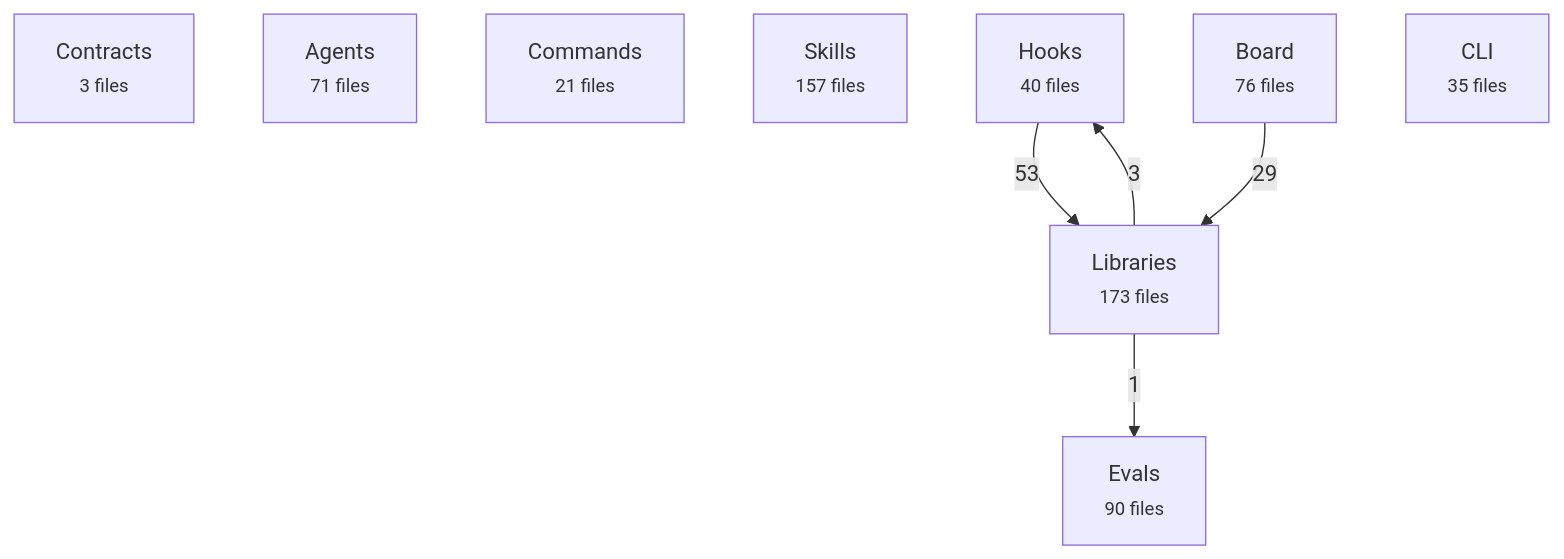
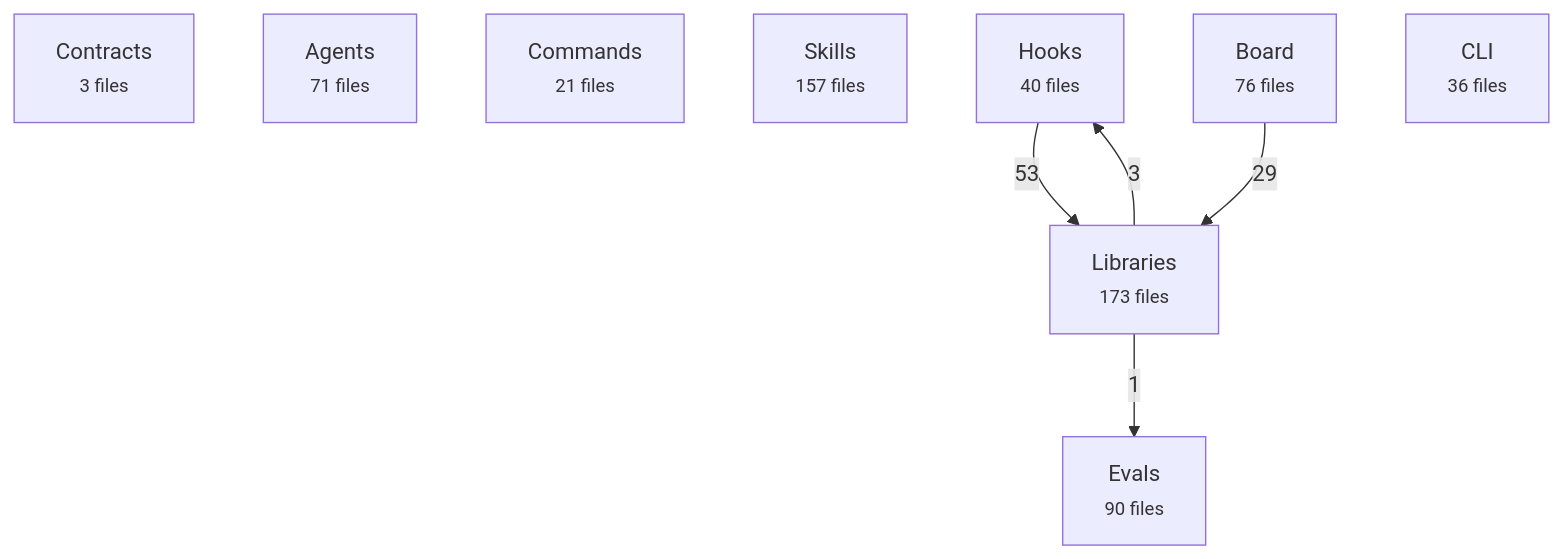
The first of 2 diagrams in docs/reference/architecture-map.md (avelikiy/great_cto), drawn with Mermaid before and after one commit. The commit also changed other lines of this file and 12 other files, not shown here.

````diff
--- a/docs/reference/architecture-map.md
+++ b/docs/reference/architecture-map.md
@@ -20,16 +20,16 @@
 ```mermaid
 flowchart TD
   contracts["Contracts<br/><small>3 files</small>"]
   agents["Agents<br/><small>71 files</small>"]
   commands["Commands<br/><small>21 files</small>"]
   skills["Skills<br/><small>157 files</small>"]
   hooks["Hooks<br/><small>40 files</small>"]
   libs["Libraries<br/><small>173 files</small>"]
   board["Board<br/><small>76 files</small>"]
-  cli["CLI<br/><small>35 files</small>"]
+  cli["CLI<br/><small>36 files</small>"]
   evals["Evals<br/><small>90 files</small>"]
   hooks -->|53| libs
   board -->|29| libs
   libs -->|3| hooks
   libs -->|1| evals
 ```
````
